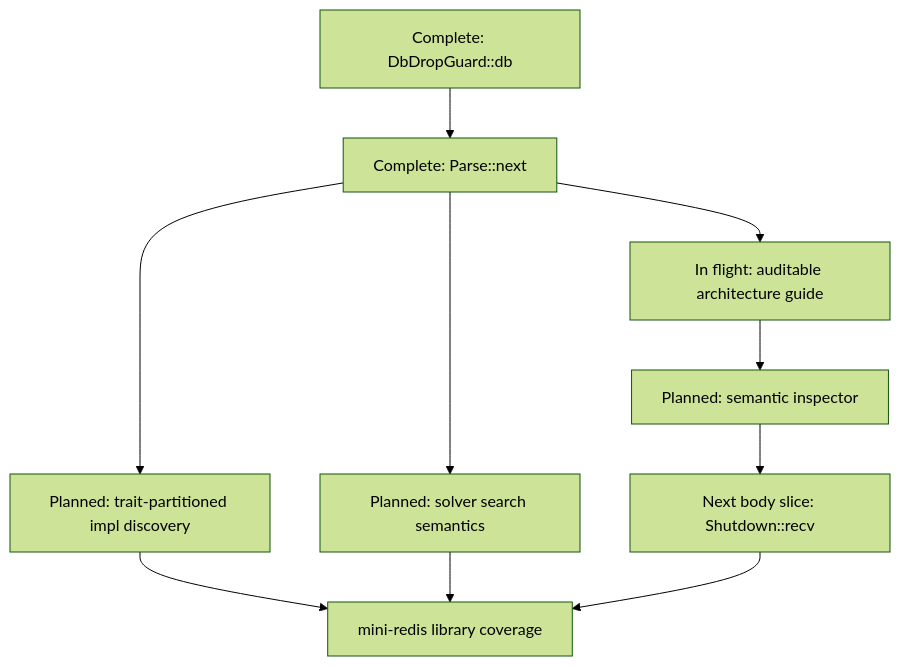
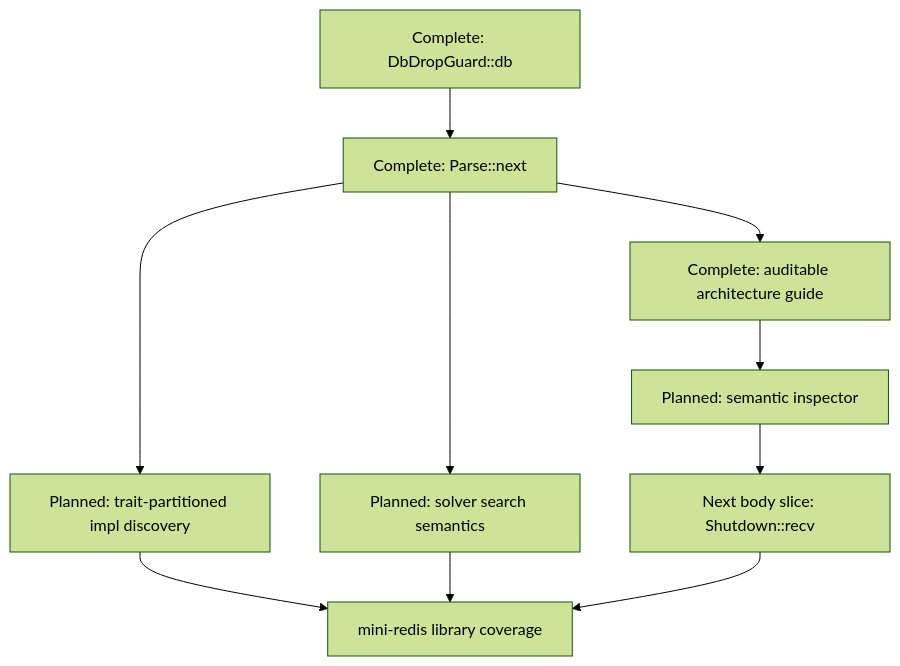
One commit to nikomatsakis/sage-dev changed the diagram in md/implementation/roadmap.md. Above: the diagram before and after it, drawn with Mermaid (forest theme). The commit also changed other lines of this file and 5 other files, not shown here.

Commit message:
Complete auditable architecture guide RFD

````diff
--- a/md/implementation/roadmap.md
+++ b/md/implementation/roadmap.md
@@ -15,12 +15,12 @@
 ```mermaid
 flowchart TD
     Db[Complete: DbDropGuard::db] --> Parse[Complete: Parse::next]
-    Parse --> Docs[In flight: auditable architecture guide]
+    Parse --> Docs[Complete: auditable architecture guide]
     Docs --> Inspect[Planned: semantic inspector]
     Parse --> ImplIndex[Planned: trait-partitioned impl discovery]
     Parse --> SolverSearch[Planned: solver search semantics]
     Inspect --> Shutdown[Next body slice: Shutdown::recv]
     ImplIndex --> Library[mini-redis library coverage]
     SolverSearch --> Library
     Shutdown --> Library
 ```
````
